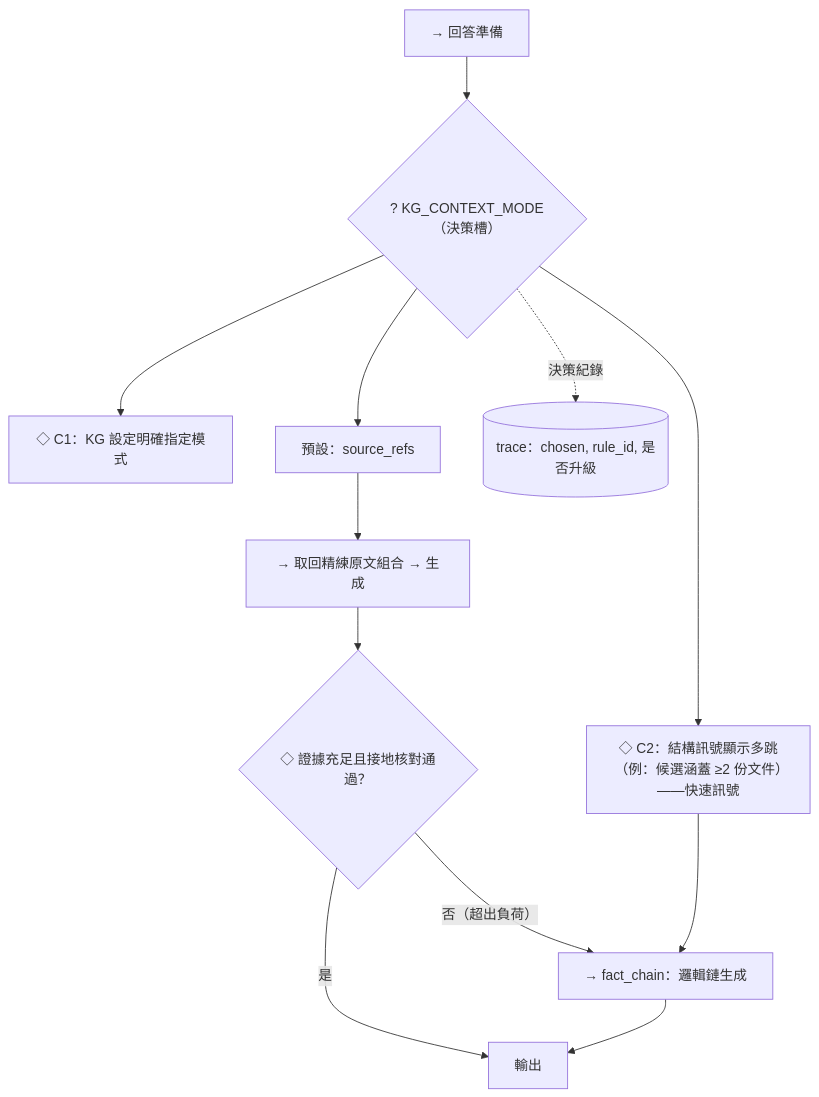
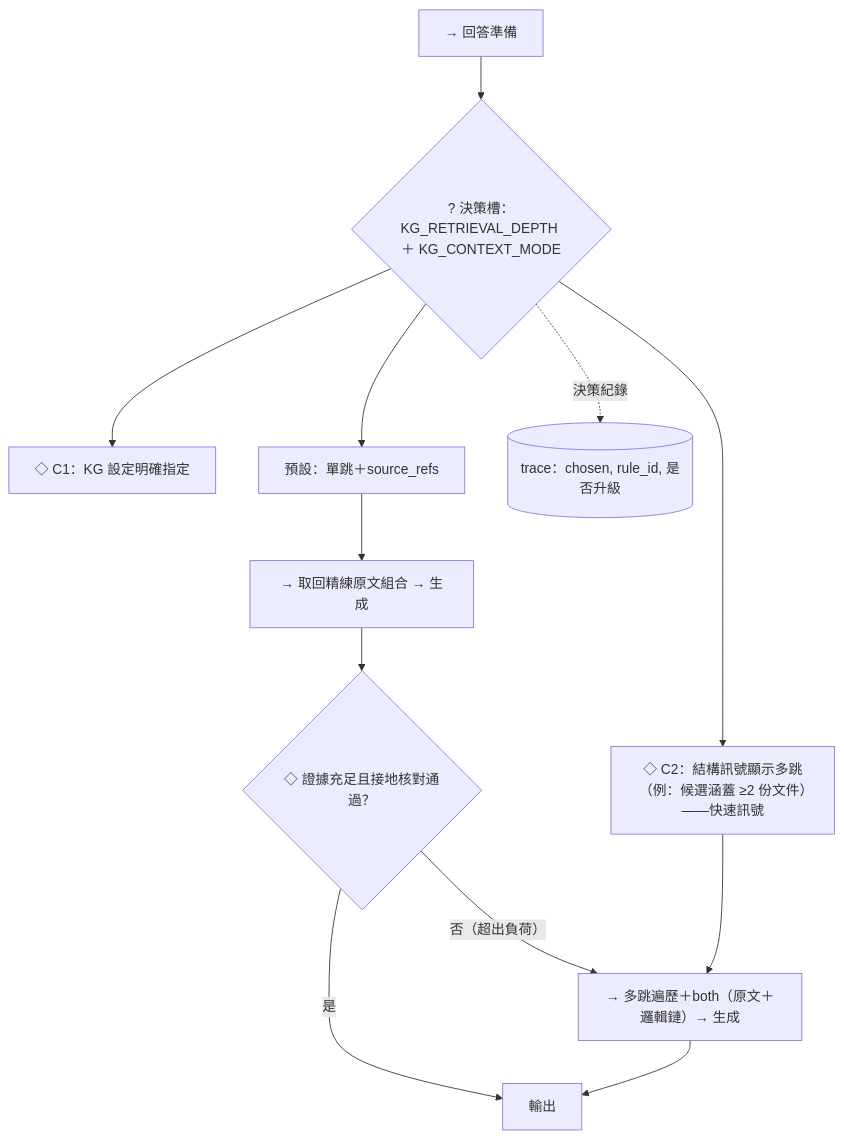
Before and after one commit to Chester930/world-knowledge-graph-rag: the second of 2 diagrams in docs/報告/BT_SM節點化結構設計草案_v0.1.md, drawn with Mermaid. The commit also changed other lines of this file, not shown here.

Commit message:
docs(設計): 草案§3.6依使用者確認修正——拆為KG_RETRIEVAL_DEPTH與KG_CONTEXT_MODE，升級=加深檢索+both並陳

````diff
--- a/docs/報告/BT_SM節點化結構設計草案_v0.1.md
+++ b/docs/報告/BT_SM節點化結構設計草案_v0.1.md
@@ -180,14 +190,14 @@
 ```mermaid
 flowchart TD
-    R["→ 回答準備"] --> D{"? KG_CONTEXT_MODE（決策槽）"}
-    D --> C1["◇ C1：KG 設定明確指定模式"]
+    R["→ 回答準備"] --> D{"? 決策槽：KG_RETRIEVAL_DEPTH ＋ KG_CONTEXT_MODE"}
+    D --> C1["◇ C1：KG 設定明確指定"]
     D --> C2["◇ C2：結構訊號顯示多跳<br/>（例：候選涵蓋 ≥2 份文件）——快速訊號"]
-    D --> C3["預設：source_refs"]
+    D --> C3["預設：單跳＋source_refs"]
     C3 --> S["→ 取回精練原文組合 → 生成"]
     S --> V{"◇ 證據充足且接地核對通過？"}
     V -- "是" --> OUT["輸出"]
-    V -- "否（超出負荷）" --> F["→ fact_chain：邏輯鏈生成"]
+    V -- "否（超出負荷）" --> F["→ 多跳遍歷＋both（原文＋邏輯鏈）→ 生成"]
     C2 --> F
     F --> OUT
     D -. "決策紀錄" .-> TR[("trace：chosen, rule_id, 是否升級")]
 ```
````
